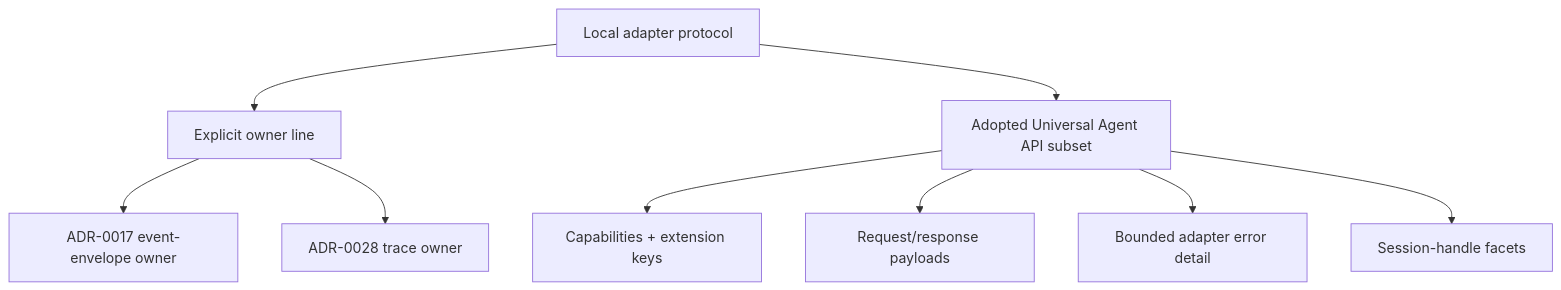
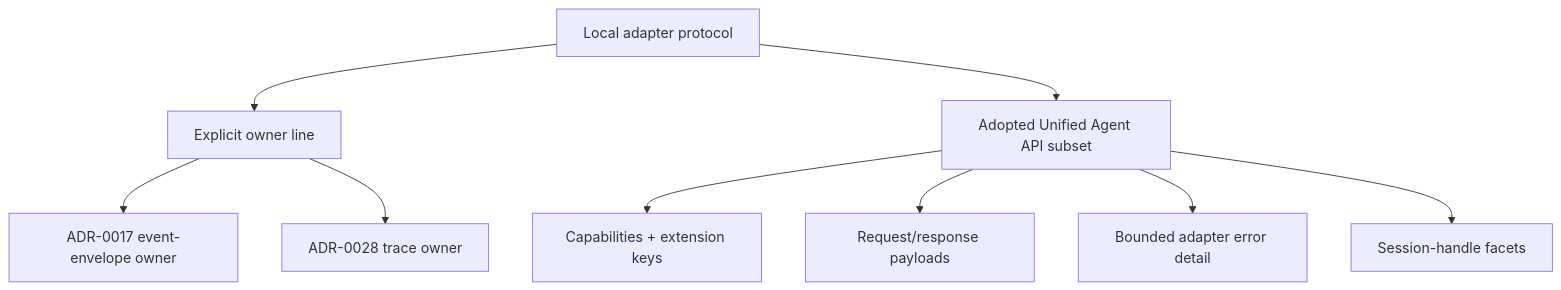
Before and after one commit to atomize-hq/substrate: the second of 2 diagrams in docs/project_management/packs/draft/substrate-gateway-backend-adapter-contract/threaded-seams/seam-2-adapter-protocol-and-schema/review.md, drawn with Mermaid. The commit also changed other lines of this file and 24 other files, not shown here.

Commit message:
Rename Universal Agent API references to Unified Agent API

````diff
--- a/docs/project_management/packs/draft/substrate-gateway-backend-adapter-contract/threaded-seams/seam-2-adapter-protocol-and-schema/review.md
+++ b/docs/project_management/packs/draft/substrate-gateway-backend-adapter-contract/threaded-seams/seam-2-adapter-protocol-and-schema/review.md
@@ -34,11 +35,11 @@
 ```mermaid
 flowchart TB
   Protocol["Local adapter protocol"] --> Owner["Explicit owner line"]
   Owner --> ADR17["ADR-0017 event-envelope owner"]
   Owner --> ADR28["ADR-0028 trace owner"]
-  Protocol --> Schema["Adopted Universal Agent API subset"]
+  Protocol --> Schema["Adopted Unified Agent API subset"]
   Schema --> Caps["Capabilities + extension keys"]
   Schema --> Payloads["Request/response payloads"]
   Schema --> Errors["Bounded adapter error detail"]
   Schema --> Session["Session-handle facets"]
 ```
````
